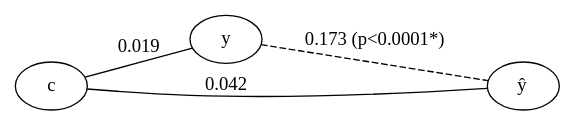
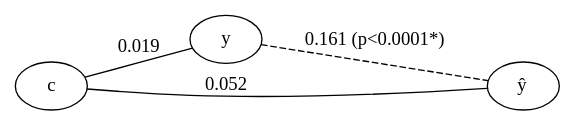
One commit to pni-lab/mlconfound-manuscript changed the diagram in fig/raw/emp_abide_site_reg_full.dot. Above: the diagram before and after it, drawn with Graphviz. The commit also changed 54 other files, not shown here.

```diff
--- a/fig/raw/emp_abide_site_reg_full.dot
+++ b/fig/raw/emp_abide_site_reg_full.dot
@@ -1,9 +1,9 @@
 graph {
 	rankdir=LR
 	c [label=c]
 	y [label=y]
 	yhat [label=<y&#770;>]
-	c -- yhat [label=0.042]
+	c -- yhat [label=0.052]
 	c -- y [label=0.019]
-	y -- yhat [label="0.173 (p<0.0001*)" style=dashed]
+	y -- yhat [label="0.161 (p<0.0001*)" style=dashed]
 }
```
